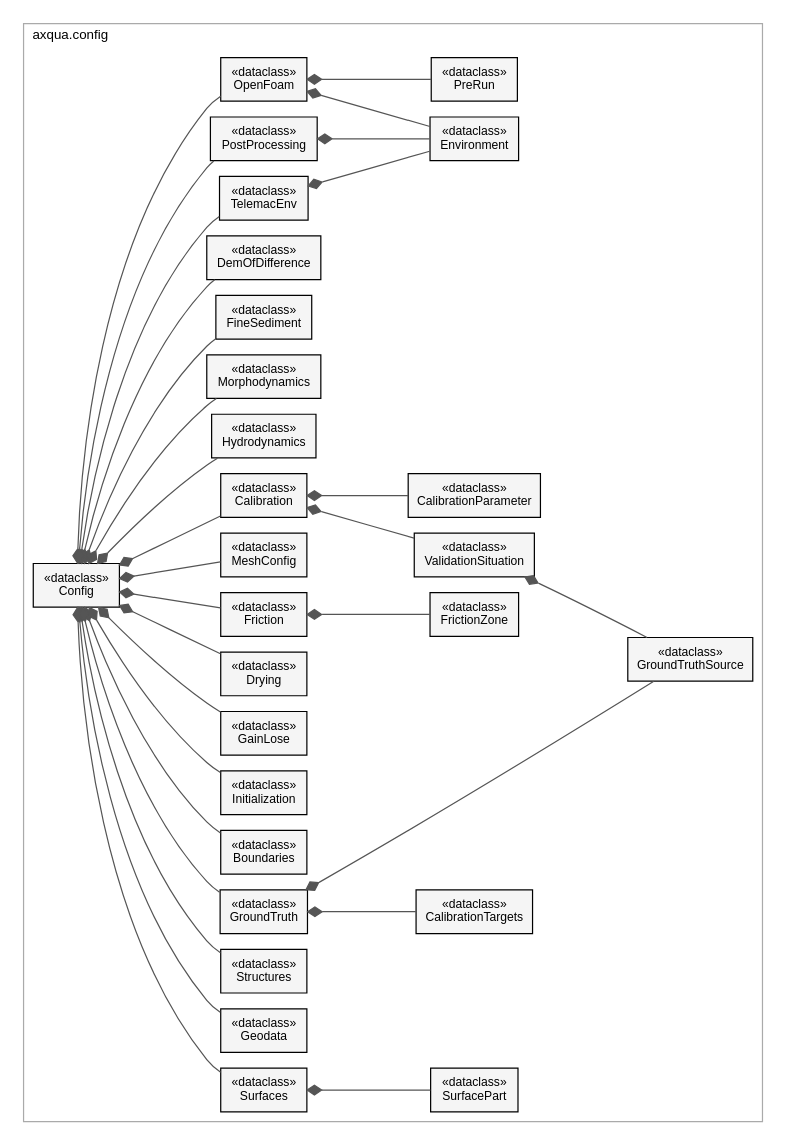
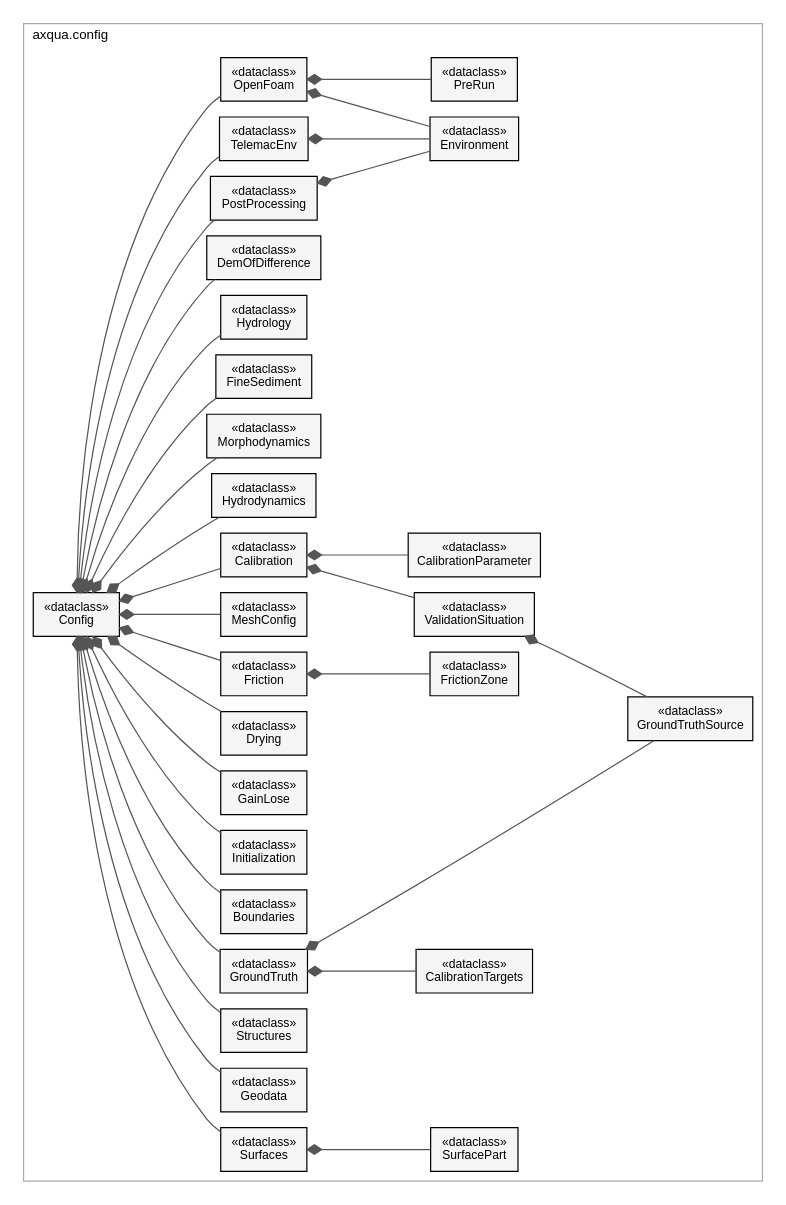
Before and after one commit to sschwindt/aXqua: the diagram in docs/img/uml-case.dot, drawn with Graphviz. The commit also changed 68 other files, not shown here.

```diff
--- a/docs/img/uml-case.dot
+++ b/docs/img/uml-case.dot
@@ -1,64 +1,66 @@
 digraph uml_case {
   graph [rankdir=LR, nodesep=0.18, ranksep=1.0, fontname="Helvetica,Arial,sans-serif", fontsize=11, labeljust=l];
   node [shape=box, style=filled, fillcolor="#f5f5f5", fontname="Helvetica,Arial,sans-serif", fontsize=10, margin="0.12,0.06"];
   edge [color="#555555"];
   subgraph cluster_0 {
     label="axqua.config"; color="#aaaaaa";
     Environment [label="&#171;dataclass&#187;\nEnvironment"];
     TelemacEnv [label="&#171;dataclass&#187;\nTelemacEnv"];
     GroundTruthSource [label="&#171;dataclass&#187;\nGroundTruthSource"];
     CalibrationTargets [label="&#171;dataclass&#187;\nCalibrationTargets"];
     Geodata [label="&#171;dataclass&#187;\nGeodata"];
     Structures [label="&#171;dataclass&#187;\nStructures"];
     SurfacePart [label="&#171;dataclass&#187;\nSurfacePart"];
     Surfaces [label="&#171;dataclass&#187;\nSurfaces"];
     Boundaries [label="&#171;dataclass&#187;\nBoundaries"];
     Initialization [label="&#171;dataclass&#187;\nInitialization"];
     GainLose [label="&#171;dataclass&#187;\nGainLose"];
     Drying [label="&#171;dataclass&#187;\nDrying"];
     GroundTruth [label="&#171;dataclass&#187;\nGroundTruth"];
     MeshConfig [label="&#171;dataclass&#187;\nMeshConfig"];
     FrictionZone [label="&#171;dataclass&#187;\nFrictionZone"];
     Friction [label="&#171;dataclass&#187;\nFriction"];
     Hydrodynamics [label="&#171;dataclass&#187;\nHydrodynamics"];
     Morphodynamics [label="&#171;dataclass&#187;\nMorphodynamics"];
     FineSediment [label="&#171;dataclass&#187;\nFineSediment"];
+    Hydrology [label="&#171;dataclass&#187;\nHydrology"];
     DemOfDifference [label="&#171;dataclass&#187;\nDemOfDifference"];
     CalibrationParameter [label="&#171;dataclass&#187;\nCalibrationParameter"];
     ValidationSituation [label="&#171;dataclass&#187;\nValidationSituation"];
     Calibration [label="&#171;dataclass&#187;\nCalibration"];
     PreRun [label="&#171;dataclass&#187;\nPreRun"];
     OpenFoam [label="&#171;dataclass&#187;\nOpenFoam"];
     PostProcessing [label="&#171;dataclass&#187;\nPostProcessing"];
     Config [label="&#171;dataclass&#187;\nConfig"];
   }
   TelemacEnv -> Environment [arrowtail=diamond, dir=back];
   Surfaces -> SurfacePart [arrowtail=diamond, dir=back];
   GroundTruth -> GroundTruthSource [arrowtail=diamond, dir=back];
   GroundTruth -> CalibrationTargets [arrowtail=diamond, dir=back];
   Friction -> FrictionZone [arrowtail=diamond, dir=back];
   ValidationSituation -> GroundTruthSource [arrowtail=diamond, dir=back];
   Calibration -> CalibrationParameter [arrowtail=diamond, dir=back];
   Calibration -> ValidationSituation [arrowtail=diamond, dir=back];
   OpenFoam -> Environment [arrowtail=diamond, dir=back];
   OpenFoam -> PreRun [arrowtail=diamond, dir=back];
   PostProcessing -> Environment [arrowtail=diamond, dir=back];
   Config -> TelemacEnv [arrowtail=diamond, dir=back];
   Config -> Geodata [arrowtail=diamond, dir=back];
   Config -> Boundaries [arrowtail=diamond, dir=back];
   Config -> Initialization [arrowtail=diamond, dir=back];
   Config -> MeshConfig [arrowtail=diamond, dir=back];
   Config -> Friction [arrowtail=diamond, dir=back];
   Config -> Hydrodynamics [arrowtail=diamond, dir=back];
   Config -> Morphodynamics [arrowtail=diamond, dir=back];
   Config -> GroundTruth [arrowtail=diamond, dir=back];
   Config -> Calibration [arrowtail=diamond, dir=back];
   Config -> DemOfDifference [arrowtail=diamond, dir=back];
   Config -> GainLose [arrowtail=diamond, dir=back];
   Config -> Drying [arrowtail=diamond, dir=back];
   Config -> Structures [arrowtail=diamond, dir=back];
   Config -> Surfaces [arrowtail=diamond, dir=back];
   Config -> OpenFoam [arrowtail=diamond, dir=back];
   Config -> FineSediment [arrowtail=diamond, dir=back];
+  Config -> Hydrology [arrowtail=diamond, dir=back];
   Config -> PostProcessing [arrowtail=diamond, dir=back];
 }
```
